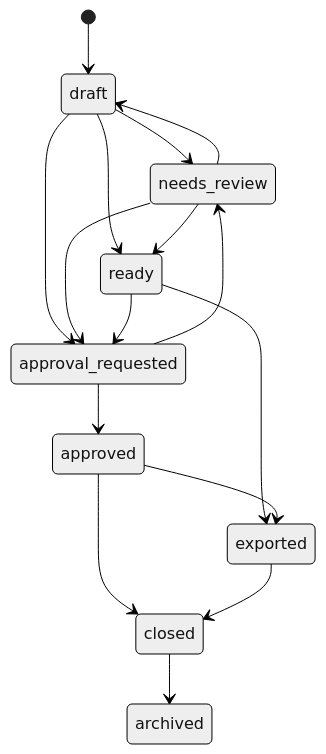
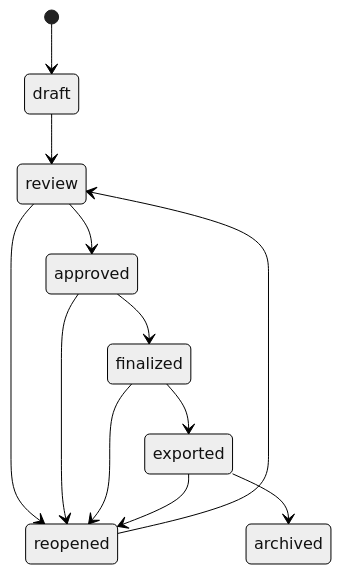
Before and after one commit to Ozaveshe/afrotools: the fourth of 4 diagrams in docs/AFROPAYROLL-PRO-ARCHITECTURE.md, drawn with Mermaid (neutral theme). The commit also changed other lines of this file and 8266 other files, not shown here.

````diff
--- a/docs/AFROPAYROLL-PRO-ARCHITECTURE.md
+++ b/docs/AFROPAYROLL-PRO-ARCHITECTURE.md
@@ -272,18 +479,14 @@
 ```mermaid
 stateDiagram-v2
   [*] --> draft
-  draft --> needs_review
-  draft --> ready
-  draft --> approval_requested
-  needs_review --> draft
-  needs_review --> approval_requested
-  needs_review --> ready
-  ready --> approval_requested
-  ready --> exported
-  approval_requested --> approved
-  approval_requested --> needs_review
-  approved --> exported
-  approved --> closed
-  exported --> closed
-  closed --> archived
+  draft --> review
+  review --> approved
+  review --> reopened
+  approved --> finalized
+  approved --> reopened
+  finalized --> exported
+  finalized --> reopened
+  exported --> reopened
+  reopened --> review
+  exported --> archived
 ```
````
